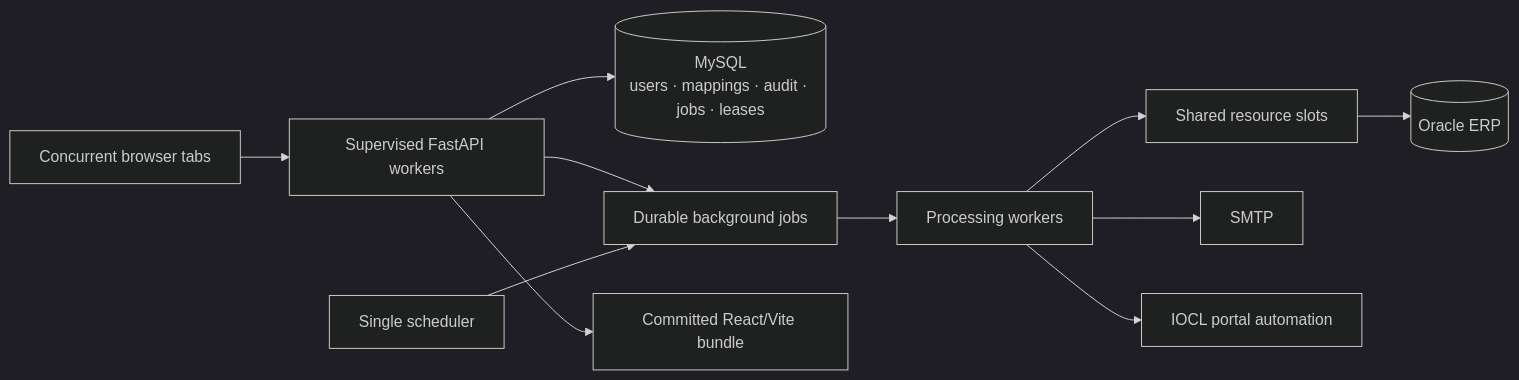
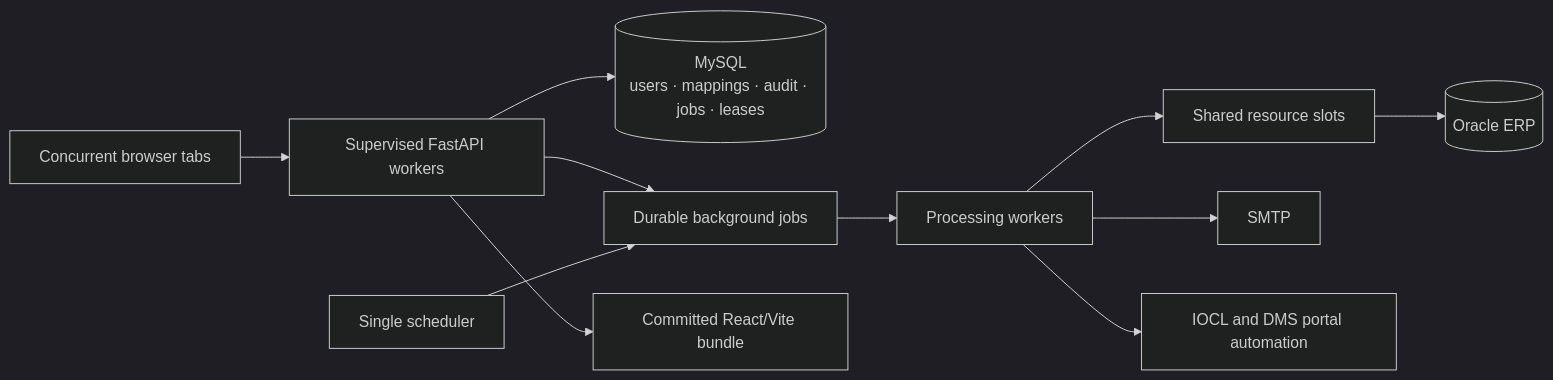
The diagram in README.md (jarjishSiddibapa/rdc-accounts-suite), drawn with Mermaid (dark theme) before and after one commit. The commit also changed other lines of this file and 142 other files, not shown here.

````diff
--- a/README.md
+++ b/README.md
@@ -109,13 +113,13 @@
 ```mermaid
 flowchart LR
   Tabs[Concurrent browser tabs] --> API[Supervised FastAPI workers]
   API --> DB[(MySQL<br/>users · mappings · audit · jobs · leases)]
   API --> Queue[Durable background jobs]
   Queue --> Workers[Processing workers]
   Scheduler[Single scheduler] --> Queue
   Workers --> Slots[Shared resource slots]
   Slots --> Oracle[(Oracle ERP)]
   Workers --> SMTP[SMTP]
-  Workers --> Portal[IOCL portal automation]
+  Workers --> Portal[IOCL and DMS portal automation]
   API --> UI[Committed React/Vite bundle]
 ```
````
